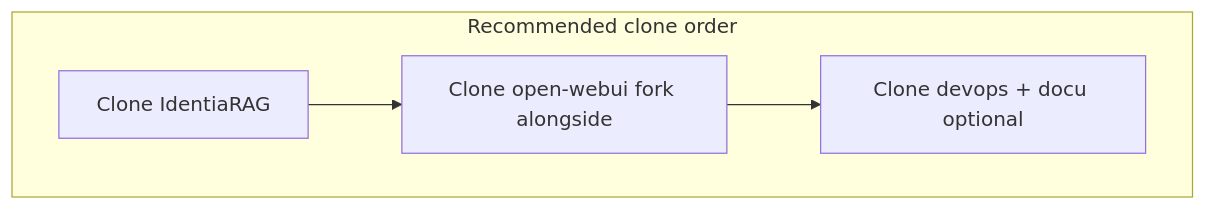
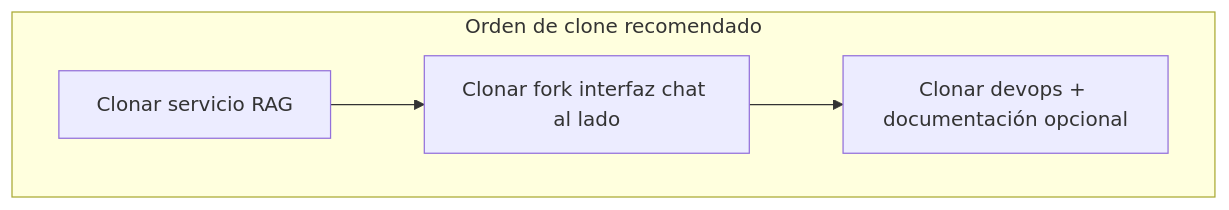
One commit to 13g4d0/docu-es changed the diagram in docs/developer/onboarding.md. Above: the diagram before and after it, drawn with Mermaid. The commit also changed other lines of this file and 38 other files, not shown here.

````diff
--- a/docs/developer/onboarding.md
+++ b/docs/developer/onboarding.md
@@ -17,9 +17,9 @@
 ```mermaid
 flowchart TB
-  subgraph clone [Recommended clone order]
-    A[Clone IdentiaRAG]
-    B[Clone open-webui fork alongside]
-    C[Clone devops + docu optional]
+  subgraph clone [Orden de clone recomendado]
+    A[Clonar servicio RAG]
+    B[Clonar fork interfaz chat al lado]
+    C[Clonar devops + documentación opcional]
   end
   A --> B --> C
 ```
````
